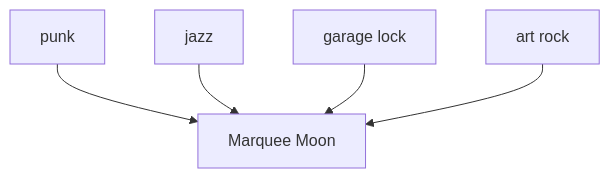
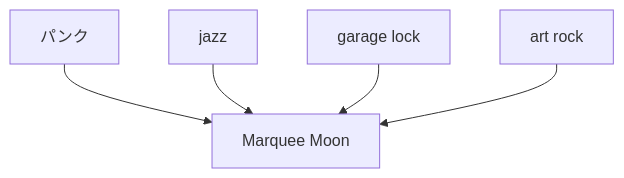
Diagram 19 of 20 in en/_posts/2026-07-02-column-influential-album-05.md (monumental-movement/monumental-movement.github.io), drawn with Mermaid before and after one commit. The commit also changed other lines of this file and 1012 other files, not shown here.

```diff
--- a/en/_posts/2026-07-02-column-influential-album-05.md
+++ b/en/_posts/2026-07-02-column-influential-album-05.md
@@ -2009,14 +2009,14 @@
 <div class="mermaid">
 flowchart TD
-A[punk]
+A[パンク]
 B[jazz]
 C[garage lock]
 D[art rock]
 E[Marquee Moon]
 
 A --> E
 B --> E
 C --> E
 D --> E
 
 </div>
```
